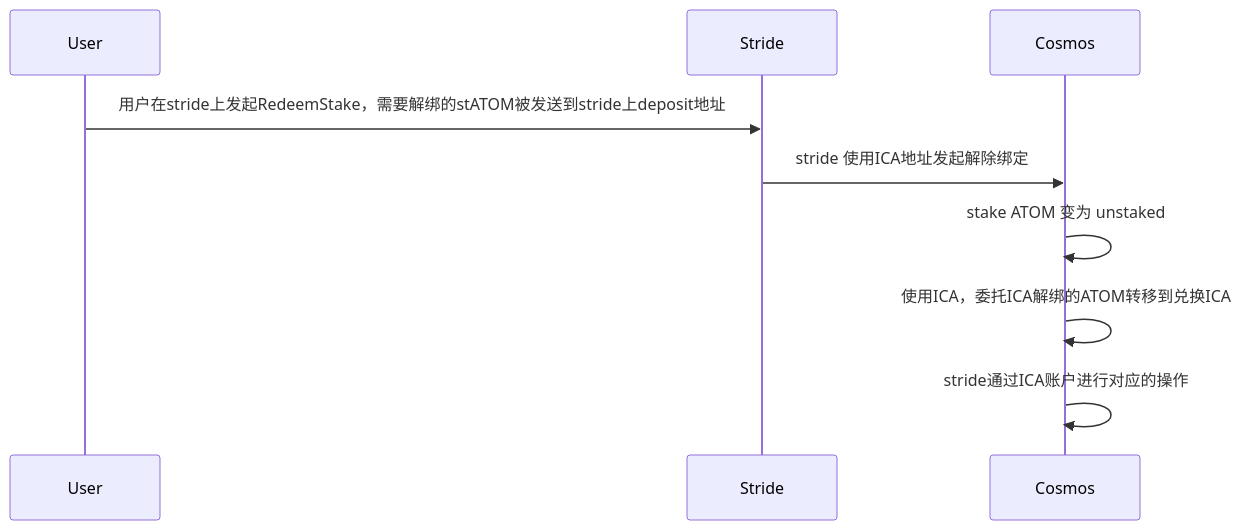
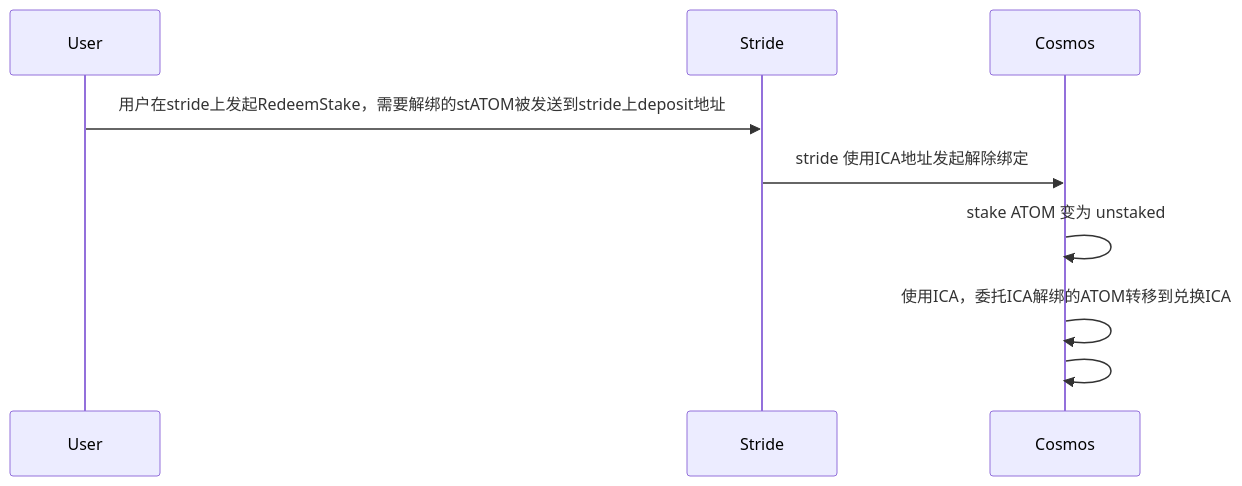
One commit to yingjianzh/iodraw-files changed the diagram in all/unbonding.md. Above: the diagram before and after it, drawn with Mermaid.

Commit message:
2024-03-28 15:42:58 update

````diff
--- a/all/unbonding.md
+++ b/all/unbonding.md
@@ -1,8 +1,8 @@
 ```mermaid
 sequenceDiagram
     User->>Stride: 用户在stride上发起RedeemStake，需要解绑的stATOM被发送到stride上deposit地址
     Stride->>Cosmos: stride 使用ICA地址发起解除绑定
     Cosmos->>Cosmos: stake ATOM 变为 unstaked
     Cosmos->>Cosmos: 使用ICA，委托ICA解绑的ATOM转移到兑换ICA
-    Cosmos->>Cosmos: stride通过ICA账户进行对应的操作
+    Cosmos->>Cosmos: 
 ```
````
